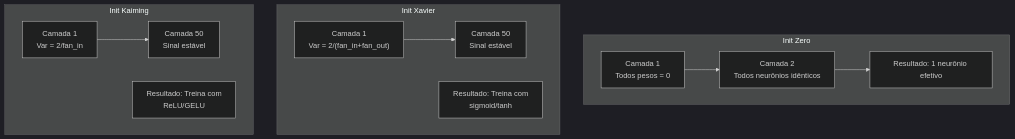
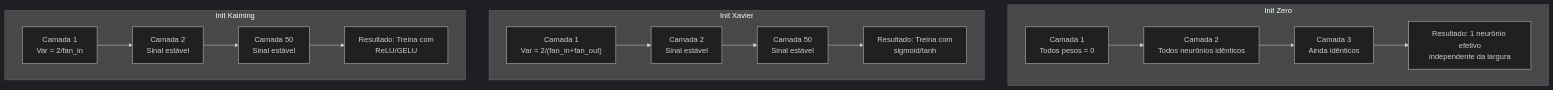
Before and after one commit to K3lvin-dev/ai-engineering-from-scratch: the first of 3 diagrams in phases/03-deep-learning-core/08-weight-initialization/docs/pt-br.md, drawn with Mermaid (dark theme). The commit also changed other lines of this file and 11 other files, not shown here.

````diff
--- a/phases/03-deep-learning-core/08-weight-initialization/docs/pt-br.md
+++ b/phases/03-deep-learning-core/08-weight-initialization/docs/pt-br.md
@@ -79,15 +109,20 @@
 ```mermaid
 flowchart TD
     subgraph "Init Zero"
         Z1["Camada 1<br/>Todos pesos = 0"] --> Z2["Camada 2<br/>Todos neurônios idênticos"]
-        Z2 --> ZR["Resultado: 1 neurônio efetivo"]
+        Z2 --> Z3["Camada 3<br/>Ainda idênticos"]
+        Z3 --> ZR["Resultado: 1 neurônio efetivo<br/>independente da largura"]
     end
+
     subgraph "Init Xavier"
-        X1["Camada 1<br/>Var = 2/(fan_in+fan_out)"] --> X2["Camada 50<br/>Sinal estável"]
-        X3["Resultado: Treina com<br/>sigmoid/tanh"]
+        X1["Camada 1<br/>Var = 2/(fan_in+fan_out)"] --> X2["Camada 2<br/>Sinal estável"]
+        X2 --> X3["Camada 50<br/>Sinal estável"]
+        X3 --> XR["Resultado: Treina com<br/>sigmoid/tanh"]
     end
+
     subgraph "Init Kaiming"
-        K1["Camada 1<br/>Var = 2/fan_in"] --> K2["Camada 50<br/>Sinal estável"]
-        K3["Resultado: Treina com<br/>ReLU/GELU"]
+        K1["Camada 1<br/>Var = 2/fan_in"] --> K2["Camada 2<br/>Sinal estável"]
+        K2 --> K3["Camada 50<br/>Sinal estável"]
+        K3 --> KR["Resultado: Treina com<br/>ReLU/GELU"]
     end
 ```
````
